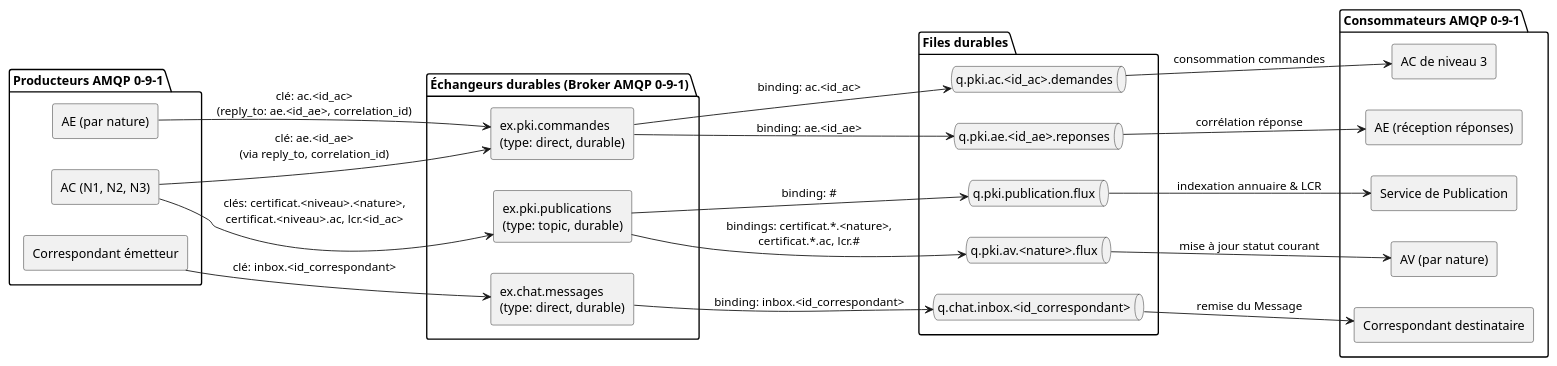
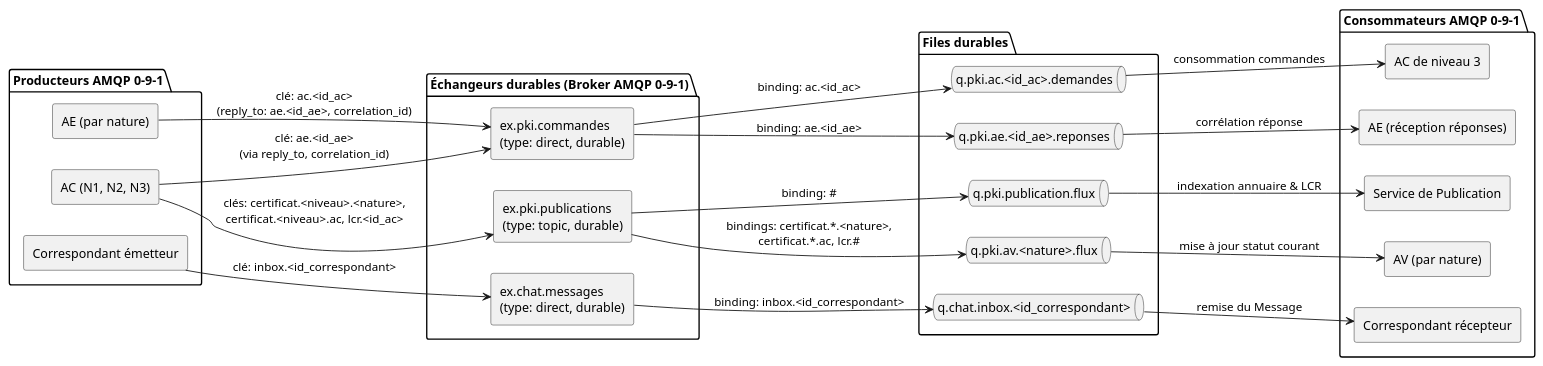
The diagram in docs/diagrams/08-architecture-amqp.puml (PouletTendre/Projet_TR_STRI), drawn with PlantUML before and after one commit. The commit also changed 17 other files, not shown here.

```diff
--- a/docs/diagrams/08-architecture-amqp.puml
+++ b/docs/diagrams/08-architecture-amqp.puml
@@ -1,49 +1,49 @@
 @startuml
 left to right direction
 skinparam shadowing false
 
 package "Producteurs AMQP 0-9-1" {
   rectangle "AE (par nature)" as Prod_AE
   rectangle "AC (N1, N2, N3)" as Prod_AC
   rectangle "Correspondant émetteur" as Prod_Chat
 }
 
 package "Échangeurs durables (Broker AMQP 0-9-1)" {
   rectangle "ex.pki.commandes\n(type: direct, durable)" as Ex_Cmd
   rectangle "ex.pki.publications\n(type: topic, durable)" as Ex_Pub
   rectangle "ex.chat.messages\n(type: direct, durable)" as Ex_Chat
 }
 
 package "Files durables" {
   queue "q.pki.ac.<id_ac>.demandes" as Q_Ac
   queue "q.pki.ae.<id_ae>.reponses" as Q_Ae
   queue "q.pki.publication.flux" as Q_Pub
   queue "q.pki.av.<nature>.flux" as Q_Av
   queue "q.chat.inbox.<id_correspondant>" as Q_Chat
 }
 
 package "Consommateurs AMQP 0-9-1" {
   rectangle "AC de niveau 3" as Cons_AC
   rectangle "AE (réception réponses)" as Cons_AE
   rectangle "Service de Publication" as Cons_Pub
   rectangle "AV (par nature)" as Cons_AV
-  rectangle "Correspondant destinataire" as Cons_Chat
+  rectangle "Correspondant récepteur" as Cons_Chat
 }
 
 Prod_AE --> Ex_Cmd : clé: ac.<id_ac>\n(reply_to: ae.<id_ae>, correlation_id)
 Prod_AC --> Ex_Cmd : clé: ae.<id_ae>\n(via reply_to, correlation_id)
 Prod_AC --> Ex_Pub : clés: certificat.<niveau>.<nature>,\ncertificat.<niveau>.ac, lcr.<id_ac>
 Prod_Chat --> Ex_Chat : clé: inbox.<id_correspondant>
 
 Ex_Cmd --> Q_Ac : binding: ac.<id_ac>
 Ex_Cmd --> Q_Ae : binding: ae.<id_ae>
 Ex_Pub --> Q_Pub : binding: #
 Ex_Pub --> Q_Av : bindings: certificat.*.<nature>,\ncertificat.*.ac, lcr.#
 Ex_Chat --> Q_Chat : binding: inbox.<id_correspondant>
 
 Q_Ac --> Cons_AC : consommation commandes
 Q_Ae --> Cons_AE : corrélation réponse
 Q_Pub --> Cons_Pub : indexation annuaire & LCR
 Q_Av --> Cons_AV : mise à jour statut courant
 Q_Chat --> Cons_Chat : remise du Message
 @enduml
```
